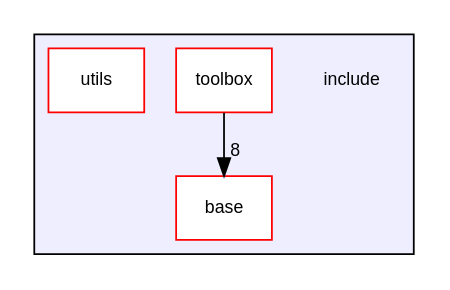
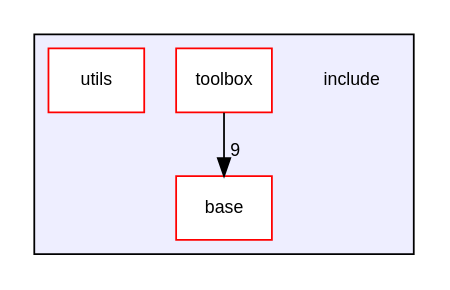
The diagram in dir_d44c64559bbebec7f509842c48db8b23_dep.dot (duddel/yourgamelib), drawn with Graphviz before and after one commit. The commit also changed 121 other files, not shown here.

```diff
--- a/dir_d44c64559bbebec7f509842c48db8b23_dep.dot
+++ b/dir_d44c64559bbebec7f509842c48db8b23_dep.dot
@@ -1,13 +1,13 @@
 digraph "/home/runner/work/yourgamelib/yourgamelib/include" {
   compound=true
   node [ fontsize="10", fontname="Helvetica"];
   edge [ labelfontsize="10", labelfontname="Helvetica"];
   subgraph clusterdir_d44c64559bbebec7f509842c48db8b23 {
     graph [ bgcolor="#eeeeff", pencolor="black", label="" URL="dir_d44c64559bbebec7f509842c48db8b23.html"];
     dir_d44c64559bbebec7f509842c48db8b23 [shape=plaintext label="include"];
     dir_ab1c81409f0df724f17c9ef30afee877 [shape=box label="base" color="red" fillcolor="white" style="filled" URL="dir_ab1c81409f0df724f17c9ef30afee877.html"];
     dir_dc8d4286420b7aa8efcc9a53b027321f [shape=box label="toolbox" color="red" fillcolor="white" style="filled" URL="dir_dc8d4286420b7aa8efcc9a53b027321f.html"];
     dir_821002d4f10779a80d4fb17bc32f21f1 [shape=box label="utils" color="red" fillcolor="white" style="filled" URL="dir_821002d4f10779a80d4fb17bc32f21f1.html"];
   }
-  dir_dc8d4286420b7aa8efcc9a53b027321f->dir_ab1c81409f0df724f17c9ef30afee877 [headlabel="8", labeldistance=1.5 headhref="dir_000003_000001.html"];
+  dir_dc8d4286420b7aa8efcc9a53b027321f->dir_ab1c81409f0df724f17c9ef30afee877 [headlabel="9", labeldistance=1.5 headhref="dir_000003_000001.html"];
 }
```
